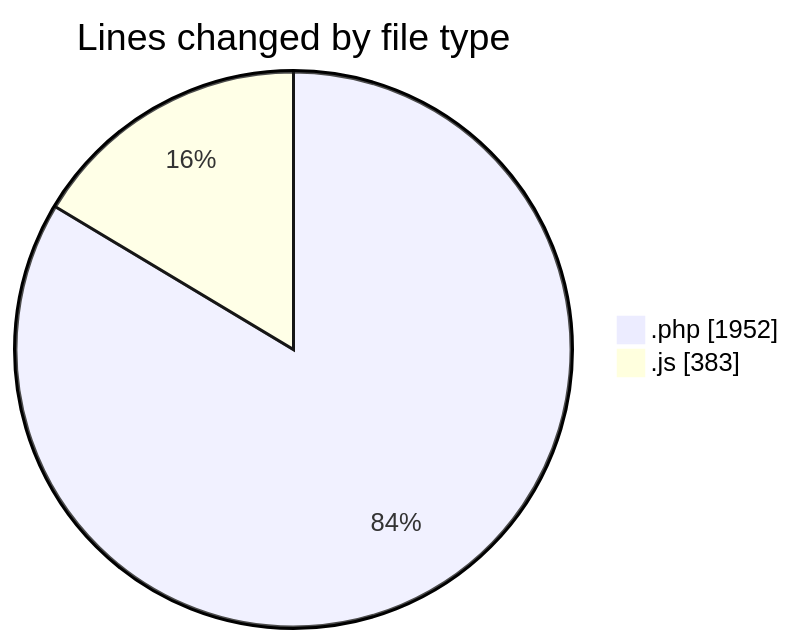
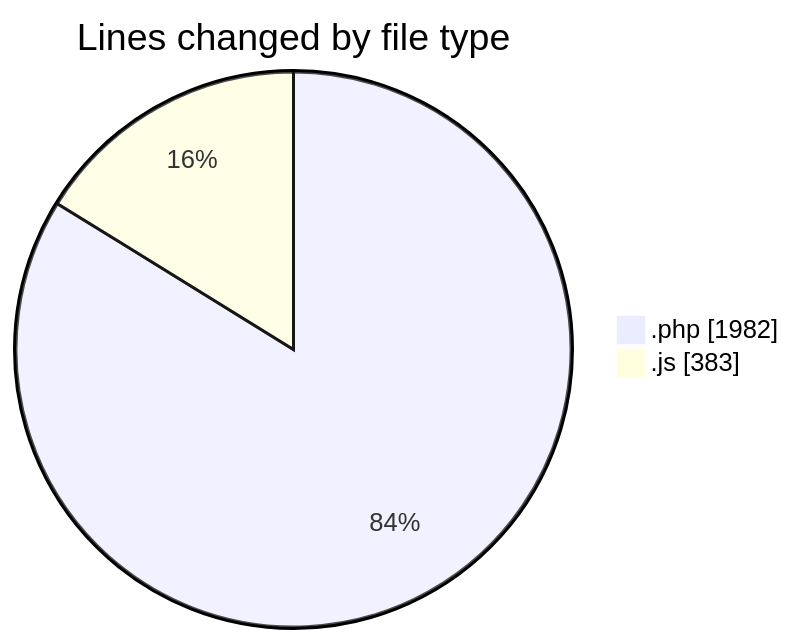
The first of 2 diagrams in 2026-07-13/wp-content/README.md (debugP/code-tracking), drawn with Mermaid before and after one commit. The commit also changed other lines of this file and 1 other file, not shown here.

````diff
--- a/2026-07-13/wp-content/README.md
+++ b/2026-07-13/wp-content/README.md
@@ -21,6 +21,6 @@
 ```mermaid
 pie showData
 title Lines changed by file type
-".php" : 1952
+".php" : 1982
 ".js" : 383
 ```
````
